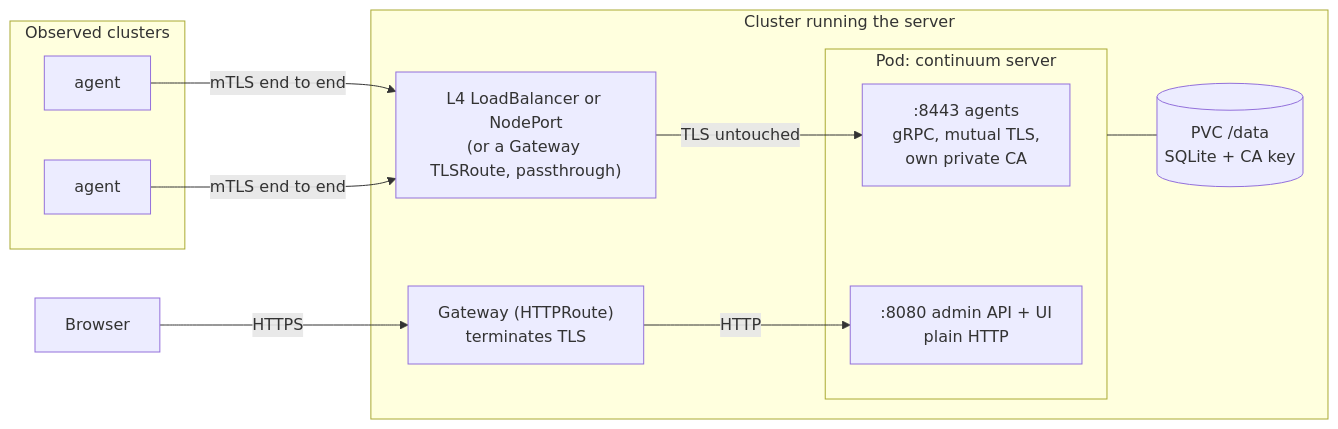
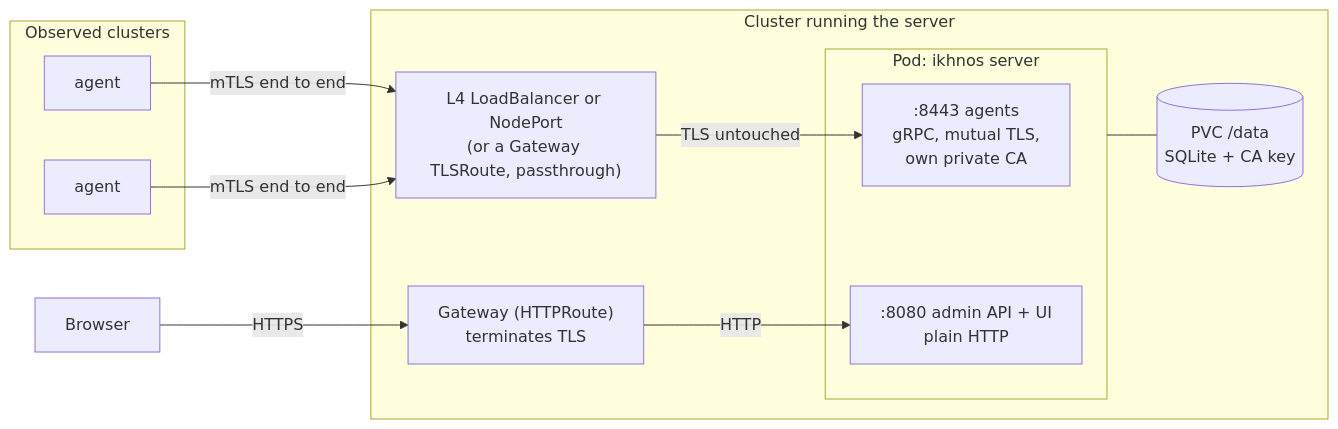
One commit to alexandrosst/continuum-topology changed the diagram in deploy/README.md. Above: the diagram before and after it, drawn with Mermaid. The commit also changed other lines of this file and 930 other files, not shown here.

````diff
--- a/deploy/README.md
+++ b/deploy/README.md
@@ -131,23 +131,23 @@
 ```mermaid
 flowchart LR
   subgraph clusters["Observed clusters"]
     A1["agent"]
     A2["agent"]
   end
   B["Browser"]
   subgraph k["Cluster running the server"]
     LB["L4 LoadBalancer or NodePort<br/>(or a Gateway TLSRoute, passthrough)"]
     IG["Gateway (HTTPRoute)<br/>terminates TLS"]
-    subgraph pod["Pod: continuum server"]
+    subgraph pod["Pod: ikhnos server"]
       P1[":8443 agents<br/>gRPC, mutual TLS,<br/>own private CA"]
       P2[":8080 admin API + UI<br/>plain HTTP"]
     end
     D[("PVC /data<br/>SQLite + CA key")]
   end
   A1 -- "mTLS end to end" --> LB
   A2 -- "mTLS end to end" --> LB
   LB -- "TLS untouched" --> P1
   B -- "HTTPS" --> IG
   IG -- "HTTP" --> P2
   pod --- D
 ```
````
